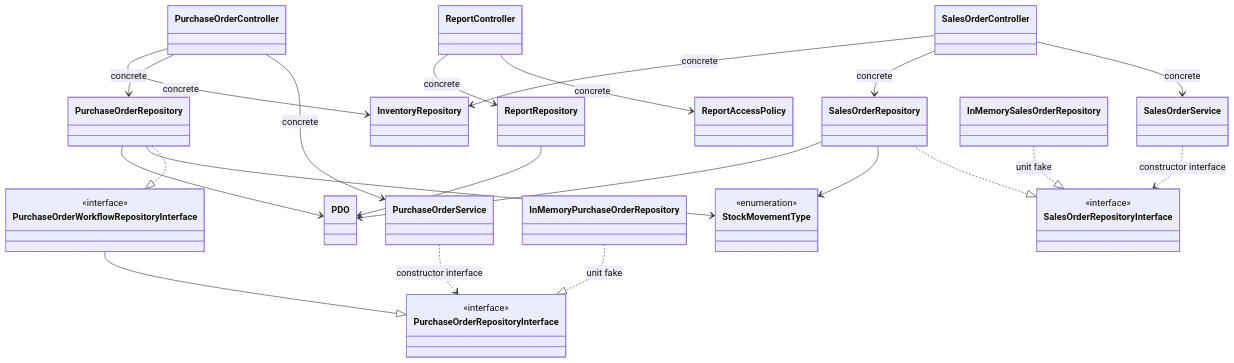
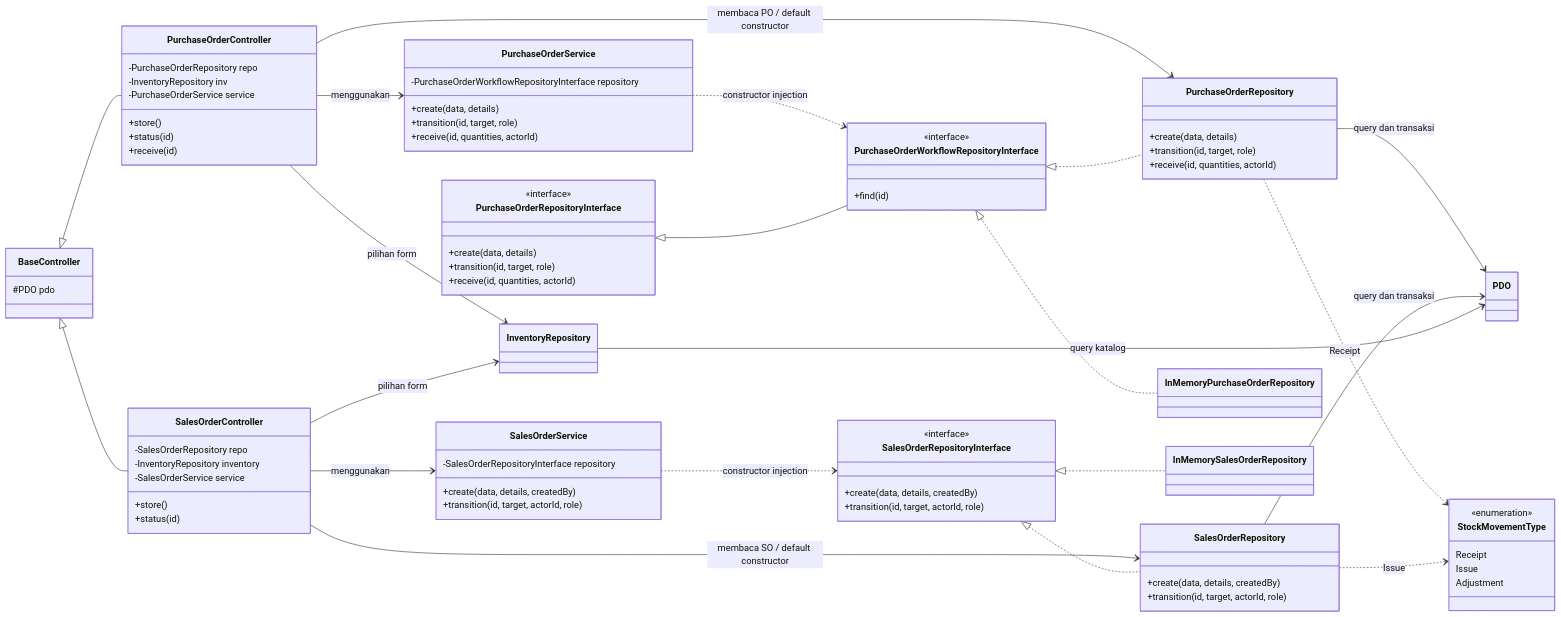
Before and after one commit to sayyidahfathimah/gudang-kita: the first of 2 diagrams in docs/architecture/class-diagram.md, drawn with Mermaid. The commit also changed other lines of this file and 20 other files, not shown here.

````diff
--- a/docs/architecture/class-diagram.md
+++ b/docs/architecture/class-diagram.md
@@ -5,41 +7,92 @@
 ```mermaid
 classDiagram
-    class SalesOrderController
-    class PurchaseOrderController
-    class ReportController
-    class SalesOrderService
-    class PurchaseOrderService
-    class ReportAccessPolicy
-    class SalesOrderRepositoryInterface { <<interface>> }
-    class PurchaseOrderRepositoryInterface { <<interface>> }
-    class PurchaseOrderWorkflowRepositoryInterface { <<interface>> }
-    class SalesOrderRepository
-    class PurchaseOrderRepository
-    class ReportRepository
+    direction LR
+
+    class BaseController {
+        #PDO pdo
+    }
+    class PurchaseOrderController {
+        -PurchaseOrderRepository repo
+        -InventoryRepository inv
+        -PurchaseOrderService service
+        +store()
+        +status(id)
+        +receive(id)
+    }
+    class SalesOrderController {
+        -SalesOrderRepository repo
+        -InventoryRepository inventory
+        -SalesOrderService service
+        +store()
+        +status(id)
+    }
+    class PurchaseOrderService {
+        -PurchaseOrderWorkflowRepositoryInterface repository
+        +create(data, details)
+        +transition(id, target, role)
+        +receive(id, quantities, actorId)
+    }
+    class SalesOrderService {
+        -SalesOrderRepositoryInterface repository
+        +create(data, details, createdBy)
+        +transition(id, target, actorId, role)
+    }
+    class PurchaseOrderRepositoryInterface {
+        <<interface>>
+        +create(data, details)
+        +transition(id, target, role)
+        +receive(id, quantities, actorId)
+    }
+    class PurchaseOrderWorkflowRepositoryInterface {
+        <<interface>>
+        +find(id)
+    }
+    class SalesOrderRepositoryInterface {
+        <<interface>>
+        +create(data, details, createdBy)
+        +transition(id, target, actorId, role)
+    }
+    class PurchaseOrderRepository {
+        +create(data, details)
+        +transition(id, target, role)
+        +receive(id, quantities, actorId)
+    }
+    class SalesOrderRepository {
+        +create(data, details, createdBy)
+        +transition(id, target, actorId, role)
+    }
     class InventoryRepository
+    class InMemoryPurchaseOrderRepository
     class InMemorySalesOrderRepository
-    class InMemoryPurchaseOrderRepository
-    class StockMovementType { <<enumeration>> }
+    class StockMovementType {
+        <<enumeration>>
+        Receipt
+        Issue
+        Adjustment
+    }
     class PDO
 
-    SalesOrderController --> SalesOrderService : concrete
-    SalesOrderController --> SalesOrderRepository : concrete
-    SalesOrderController --> InventoryRepository : concrete
-    PurchaseOrderController --> PurchaseOrderService : concrete
-    PurchaseOrderController --> PurchaseOrderRepository : concrete
-    PurchaseOrderController --> InventoryRepository : concrete
-    ReportController --> ReportAccessPolicy : concrete
-    ReportController --> ReportRepository : concrete
-    SalesOrderService ..> SalesOrderRepositoryInterface : constructor interface
-    PurchaseOrderService ..> PurchaseOrderRepositoryInterface : constructor interface
-    PurchaseOrderWorkflowRepositoryInterface --|> PurchaseOrderRepositoryInterface
-    SalesOrderRepository ..|> SalesOrderRepositoryInterface
-    PurchaseOrderRepository ..|> PurchaseOrderWorkflowRepositoryInterface
-    InMemorySalesOrderRepository ..|> SalesOrderRepositoryInterface : unit fake
-    InMemoryPurchaseOrderRepository ..|> PurchaseOrderRepositoryInterface : unit fake
-    SalesOrderRepository --> StockMovementType
-    PurchaseOrderRepository --> StockMovementType
-    SalesOrderRepository --> PDO
-    PurchaseOrderRepository --> PDO
-    ReportRepository --> PDO
+    BaseController <|-- PurchaseOrderController
+    BaseController <|-- SalesOrderController
+
+    PurchaseOrderController --> PurchaseOrderService : menggunakan
+    PurchaseOrderController --> PurchaseOrderRepository : membaca PO / default constructor
+    PurchaseOrderController --> InventoryRepository : pilihan form
+    SalesOrderController --> SalesOrderService : menggunakan
+    SalesOrderController --> SalesOrderRepository : membaca SO / default constructor
+    SalesOrderController --> InventoryRepository : pilihan form
+
+    PurchaseOrderService ..> PurchaseOrderWorkflowRepositoryInterface : constructor injection
+    SalesOrderService ..> SalesOrderRepositoryInterface : constructor injection
+    PurchaseOrderRepositoryInterface <|-- PurchaseOrderWorkflowRepositoryInterface
+    PurchaseOrderWorkflowRepositoryInterface <|.. PurchaseOrderRepository
+    PurchaseOrderWorkflowRepositoryInterface <|.. InMemoryPurchaseOrderRepository
+    SalesOrderRepositoryInterface <|.. SalesOrderRepository
+    SalesOrderRepositoryInterface <|.. InMemorySalesOrderRepository
+
+    PurchaseOrderRepository --> PDO : query dan transaksi
+    SalesOrderRepository --> PDO : query dan transaksi
+    InventoryRepository --> PDO : query katalog
+    PurchaseOrderRepository ..> StockMovementType : Receipt
+    SalesOrderRepository ..> StockMovementType : Issue
 ```
````
